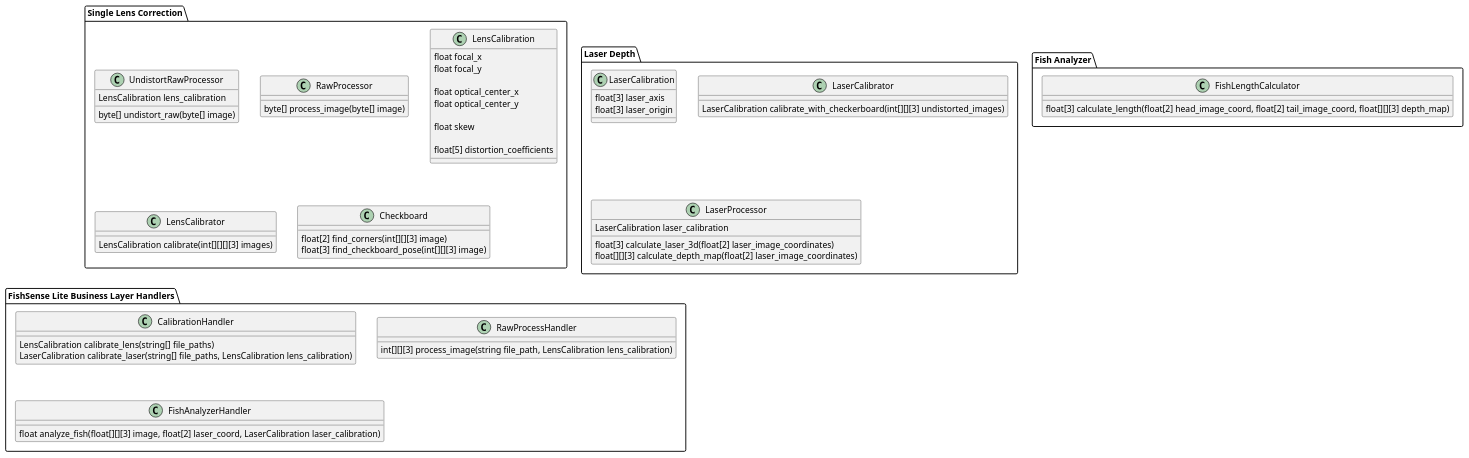
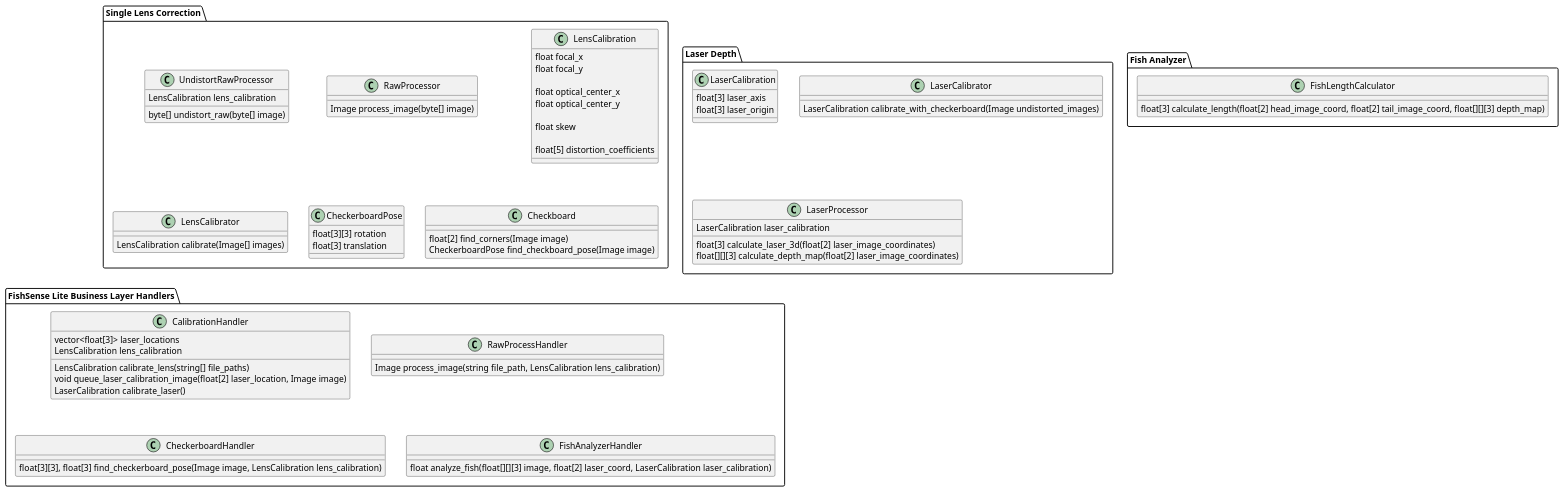
One commit to UCSD-E4E/fishsense-lite changed the diagram in docs/class_diagram.puml. Above: the diagram before and after it, drawn with PlantUML. The commit also changed 4 other files, not shown here.

Commit message:
add readme.  update diagrams.  update citation

```diff
--- a/docs/class_diagram.puml
+++ b/docs/class_diagram.puml
@@ -1,75 +1,88 @@
 @startuml Class Diagram
 
 package "Single Lens Correction" {
     class UndistortRawProcessor {
         LensCalibration lens_calibration
 
         byte[] undistort_raw(byte[] image)
     }
 
     class RawProcessor {
-        byte[] process_image(byte[] image)
+        Image process_image(byte[] image)
     }
 
     class LensCalibration {
         float focal_x
         float focal_y
         
         float optical_center_x
         float optical_center_y
 
         float skew
 
         float[5] distortion_coefficients
     }
 
     class LensCalibrator {
-        LensCalibration calibrate(int[][][][3] images)
+        LensCalibration calibrate(Image[] images)
+    }
+
+    class CheckerboardPose {
+        float[3][3] rotation
+        float[3] translation
     }
 
     class Checkboard {
-        float[2] find_corners(int[][][3] image)
-        float[3] find_checkboard_pose(int[][][3] image)
+        float[2] find_corners(Image image)
+        CheckerboardPose find_checkboard_pose(Image image)
     }
 }
 
 package "Laser Depth" {
     class LaserCalibration {
         float[3] laser_axis
         float[3] laser_origin
     }
 
     class LaserCalibrator {
-        LaserCalibration calibrate_with_checkerboard(int[][][3] undistorted_images)
+        LaserCalibration calibrate_with_checkerboard(Image undistorted_images)
     }
 
     class LaserProcessor {
         LaserCalibration laser_calibration
 
         float[3] calculate_laser_3d(float[2] laser_image_coordinates)
         float[][][3] calculate_depth_map(float[2] laser_image_coordinates)
     }
 }
 
 package "Fish Analyzer" {
     class FishLengthCalculator {
         float[3] calculate_length(float[2] head_image_coord, float[2] tail_image_coord, float[][][3] depth_map)
     }
 }
 
 package "FishSense Lite Business Layer Handlers" {
     class CalibrationHandler {
+        vector<float[3]> laser_locations
+        LensCalibration lens_calibration
+
         LensCalibration calibrate_lens(string[] file_paths)
-        LaserCalibration calibrate_laser(string[] file_paths, LensCalibration lens_calibration)
+        void queue_laser_calibration_image(float[2] laser_location, Image image)
+        LaserCalibration calibrate_laser()
     }
 
     class RawProcessHandler {
-        int[][][3] process_image(string file_path, LensCalibration lens_calibration)
+        Image process_image(string file_path, LensCalibration lens_calibration)
+    }
+
+    class CheckerboardHandler {
+        float[3][3], float[3] find_checkerboard_pose(Image image, LensCalibration lens_calibration)
     }
 
     class FishAnalyzerHandler {
         float analyze_fish(float[][][3] image, float[2] laser_coord, LaserCalibration laser_calibration)
     }
 }
 
 @enduml
```
